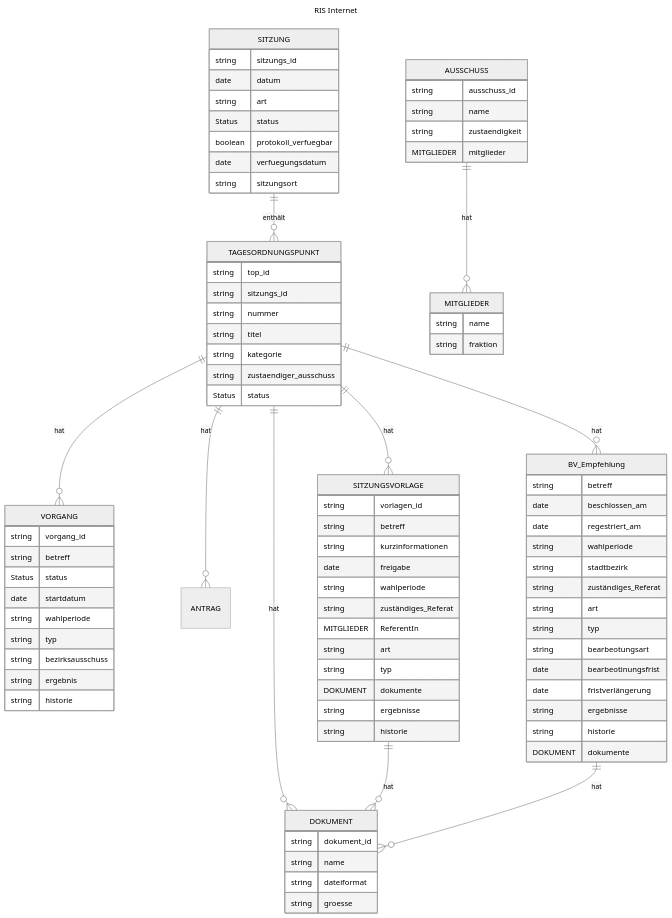
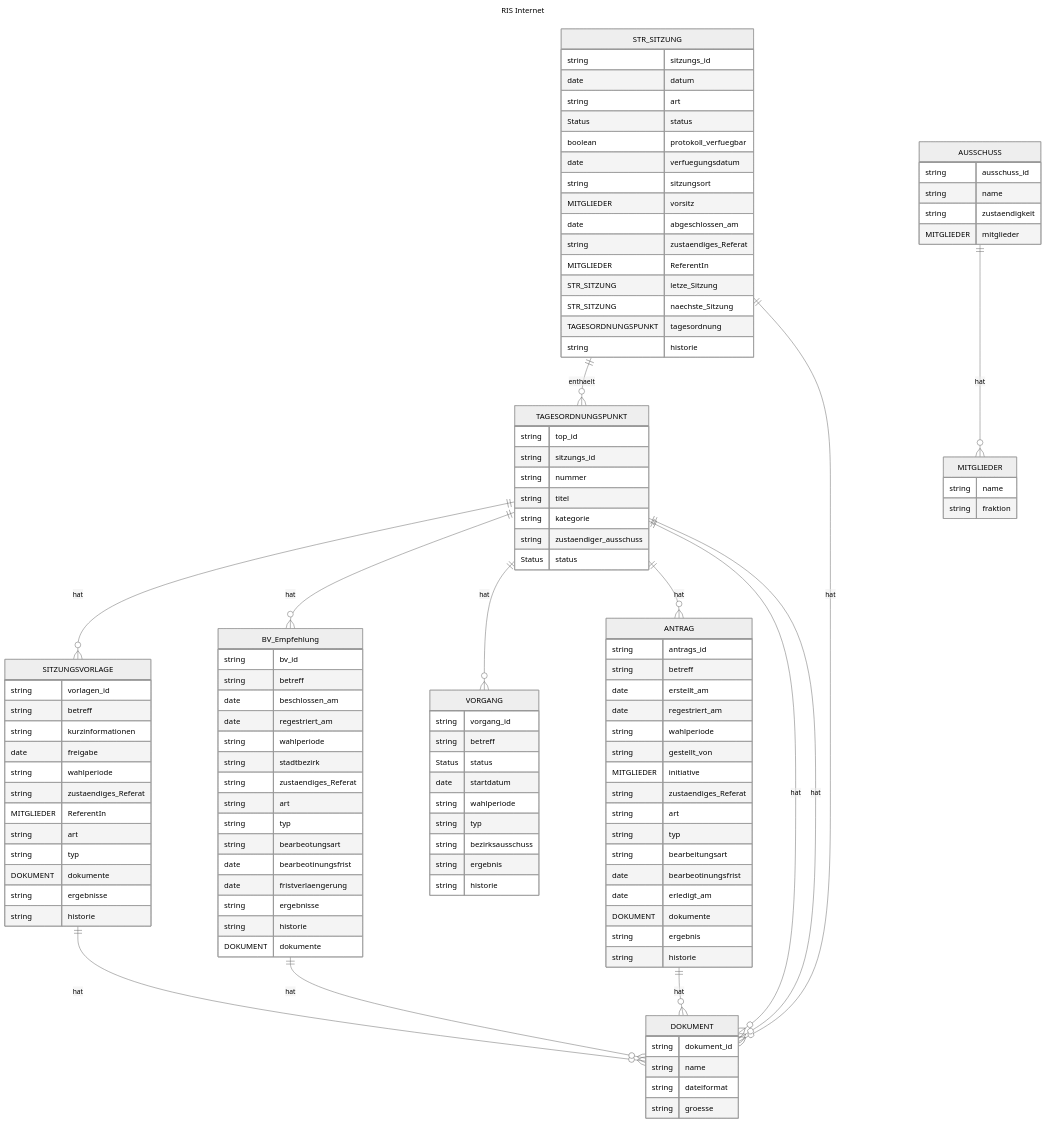
One commit to it-at-m/riski changed the diagram in adr/datenmodell.mmd. Above: the diagram before and after it, drawn with Mermaid (neutral theme).

Commit message:
docs: added datenmodell

```diff
--- a/adr/datenmodell.mmd
+++ b/adr/datenmodell.mmd
@@ -1,99 +1,131 @@
 ---
 title: RIS Internet
 ---
 
 erDiagram
 
-    SITZUNG {
-        string sitzungs_id 
-        date datum 
+    STR_SITZUNG {
+        string sitzungs_id
+        date datum
         string art
-        Status status 
-        boolean protokoll_verfuegbar 
-        date verfuegungsdatum 
-        string sitzungsort 
+        Status status
+        boolean protokoll_verfuegbar
+        date verfuegungsdatum
+        string sitzungsort
+        MITGLIEDER vorsitz
+        date abgeschlossen_am
+        string zustaendiges_Referat
+        MITGLIEDER ReferentIn
+        STR_SITZUNG letze_Sitzung
+        STR_SITZUNG naechste_Sitzung
+        TAGESORDNUNGSPUNKT tagesordnung
+        string historie
     }
 
     TAGESORDNUNGSPUNKT {
-        string top_id 
+        string top_id
         string sitzungs_id
-        string nummer 
-        string titel 
-        string kategorie 
-        string zustaendiger_ausschuss 
-        Status status 
+        string nummer
+        string titel
+        string kategorie
+        string zustaendiger_ausschuss
+        Status status
     }
+
     VORGANG {
         string vorgang_id
         string betreff
-        Status status  
-        date startdatum 
+        Status status
+        date startdatum
         string wahlperiode
         string typ
         string bezirksausschuss
         string ergebnis
         string historie
     }
 
     DOKUMENT {
         string dokument_id
-        string name 
-        string dateiformat 
-        string groesse 
+        string name
+        string dateiformat
+        string groesse
     }
 
     ANTRAG {
-
+        string antrags_id
+        string betreff
+        date erstellt_am
+        date regestriert_am
+        string wahlperiode
+        string gestellt_von
+        MITGLIEDER initiative
+        string zustaendiges_Referat
+        string art
+        string typ
+        string bearbeitungsart
+        date bearbeotinungsfrist
+        date erledigt_am
+        DOKUMENT dokumente
+        string ergebnis
+        string historie
     }
-    BV_Empfehlung{
+    BV_Empfehlung {
+        string bv_id
         string betreff
         date beschlossen_am
         date regestriert_am
         string wahlperiode
         string stadtbezirk
-        string zuständiges_Referat
+        string zustaendiges_Referat
         string art
         string typ
         string bearbeotungsart
         date bearbeotinungsfrist
-        date fristverlängerung
+        date fristverlaengerung
         string ergebnisse
         string historie
         DOKUMENT dokumente
     }
     SITZUNGSVORLAGE{
         string vorlagen_id
         string betreff
         string kurzinformationen
         date freigabe
         string wahlperiode
-        string zuständiges_Referat
+        string zustaendiges_Referat
         MITGLIEDER ReferentIn
         string art
         string typ
         DOKUMENT dokumente
         string ergebnisse
         string historie
     }
     AUSSCHUSS {
-        string ausschuss_id 
-        string name 
-        string zustaendigkeit 
+        string ausschuss_id
+        string name
+        string zustaendigkeit
         MITGLIEDER mitglieder
     }
 
     MITGLIEDER {
         string name
         string fraktion
     }
 
-    %% Beziehungen
-    SITZUNG ||--o{ TAGESORDNUNGSPUNKT : "enthält"
-    TAGESORDNUNGSPUNKT ||--o{ DOKUMENT : "hat"
-    TAGESORDNUNGSPUNKT ||--o{ VORGANG : "hat"
-    TAGESORDNUNGSPUNKT ||--o{ ANTRAG : "hat"
+%% Beziehungen
     AUSSCHUSS ||--o{ MITGLIEDER : "hat"
-    SITZUNGSVORLAGE ||--o{ DOKUMENT : "hat"
+
+    STR_SITZUNG ||--o{ TAGESORDNUNGSPUNKT : "enthaelt"
+
     TAGESORDNUNGSPUNKT ||--o{ SITZUNGSVORLAGE : "hat"
     TAGESORDNUNGSPUNKT ||--o{ BV_Empfehlung: "hat"
+    TAGESORDNUNGSPUNKT ||--o{ VORGANG : "hat"
+
+    TAGESORDNUNGSPUNKT ||--o{ ANTRAG : "hat"
+
+    ANTRAG||--o{ DOKUMENT : "hat"
+    STR_SITZUNG ||--o{ DOKUMENT : "hat"
+    TAGESORDNUNGSPUNKT ||--o{ DOKUMENT : "hat"
+    SITZUNGSVORLAGE ||--o{ DOKUMENT : "hat"
     BV_Empfehlung ||--o{ DOKUMENT : "hat"
+    TAGESORDNUNGSPUNKT ||--o{ DOKUMENT : "hat"
```
